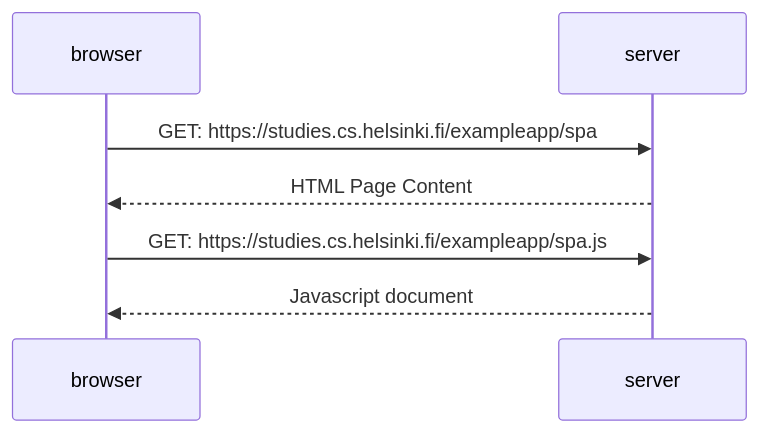
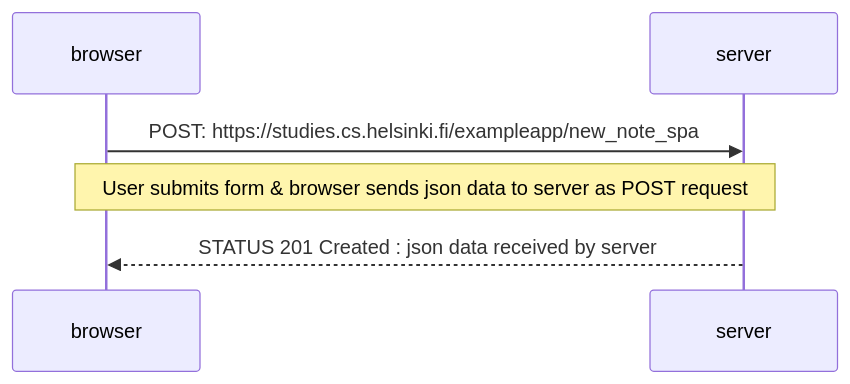
The diagram in part0/0.6.md (ShaunDaniel/FullStackOpen-Submissions), drawn with Mermaid before and after one commit.

````diff
--- a/part0/0.6.md
+++ b/part0/0.6.md
@@ -1,17 +1,17 @@
 ```mermaid
 
 sequenceDiagram
     participant browser
     participant server
 
-    browser->>server: GET: https://studies.cs.helsinki.fi/exampleapp/spa 
-    server-->> browser: HTML Page Content
+    browser->>server: POST: https://studies.cs.helsinki.fi/exampleapp/new_note_spa 
+    Note over browser,server: User submits form & browser sends json data to server as POST request
 
-    browser->>server: GET: https://studies.cs.helsinki.fi/exampleapp/spa.js 
-    server-->> browser: Javascript document
+    server-->>browser: STATUS 201 Created : json data received by server 
+ 
 
     
     
     
 
 ```
````
